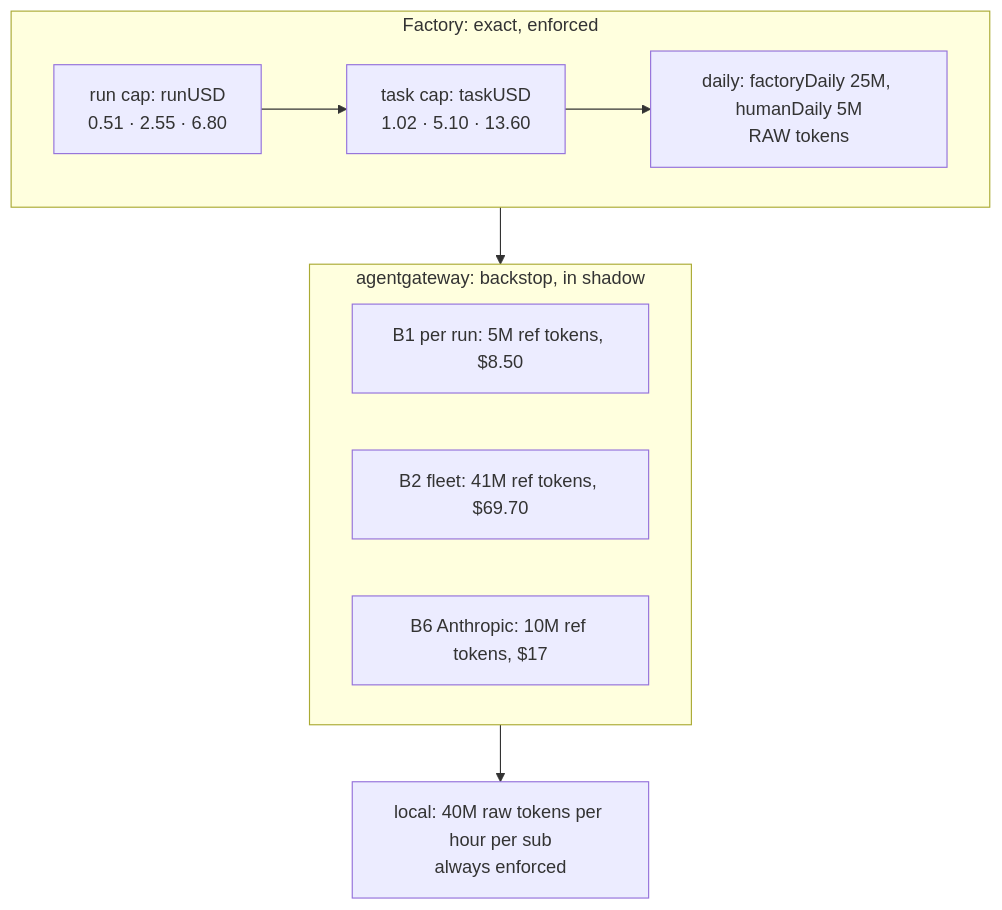
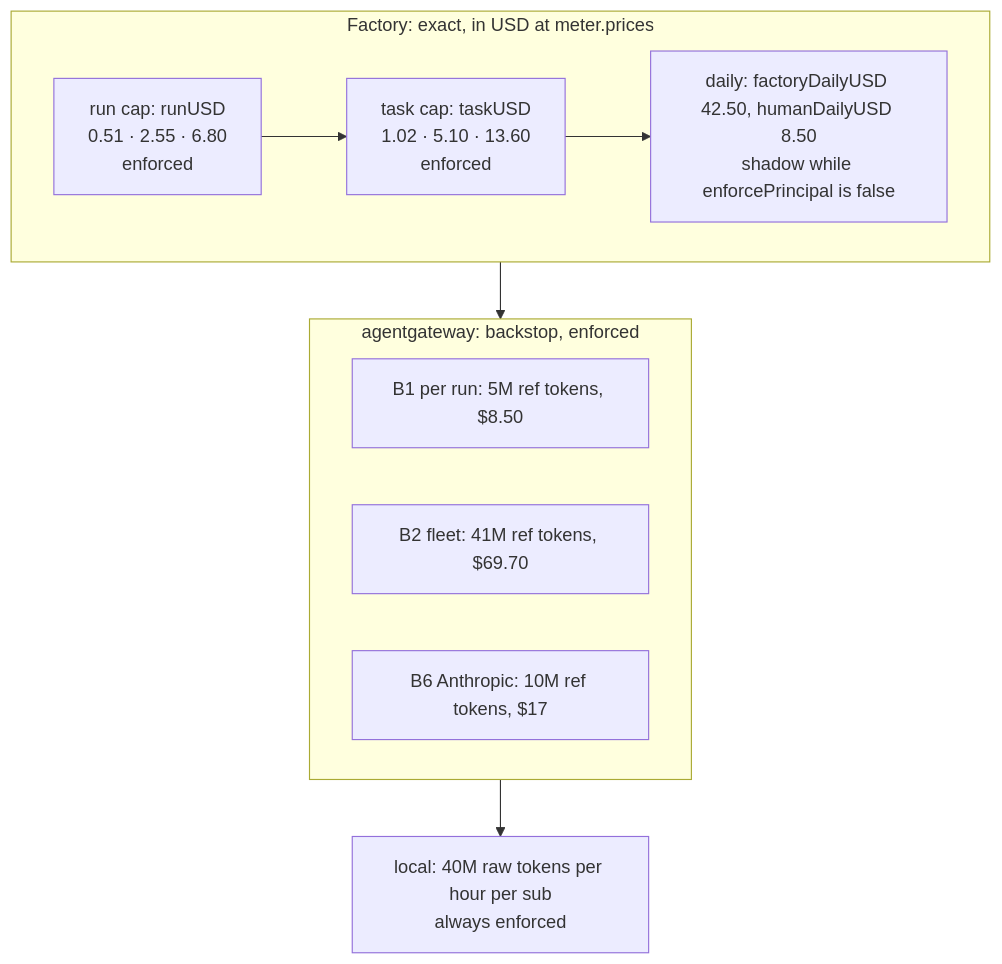
The fifth of 5 diagrams in website/content/docs/platform/ai-platform/routing.md (Smana/ai-native-ref), drawn with Mermaid before and after one commit. The commit also changed other lines of this file and 6 other files, not shown here.

````diff
--- a/website/content/docs/platform/ai-platform/routing.md
+++ b/website/content/docs/platform/ai-platform/routing.md
@@ -369,14 +369,14 @@
 ```mermaid
 flowchart TB
-  subgraph factory["Factory: exact, enforced"]
-    R["run cap: runUSD<br/>0.51 · 2.55 · 6.80"] --> TK["task cap: taskUSD<br/>1.02 · 5.10 · 13.60"]
-    TK --> D["daily: factoryDaily 25M, humanDaily 5M<br/>RAW tokens"]
+  subgraph factory["Factory: exact, in USD at meter.prices"]
+    R["run cap: runUSD<br/>0.51 · 2.55 · 6.80<br/>enforced"] --> TK["task cap: taskUSD<br/>1.02 · 5.10 · 13.60<br/>enforced"]
+    TK --> D["daily: factoryDailyUSD 42.50, humanDailyUSD 8.50<br/>shadow while enforcePrincipal is false"]
   end
-  subgraph gateway["agentgateway: backstop, in shadow"]
+  subgraph gateway["agentgateway: backstop, enforced"]
     B1["B1 per run: 5M ref tokens, $8.50"]
     B2["B2 fleet: 41M ref tokens, $69.70"]
     B6["B6 Anthropic: 10M ref tokens, $17"]
   end
   L["local: 40M raw tokens per hour per sub<br/>always enforced"]
   factory --> gateway --> L
 ```
````
